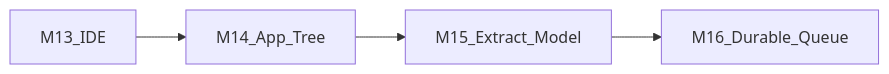
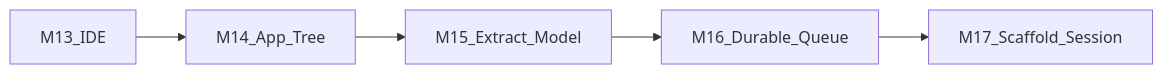
One commit to konaframework/kona changed the second of 2 diagrams in MILESTONES.md. Above: the diagram before and after it, drawn with Mermaid. The commit also changed other lines of this file and 49 other files, not shown here.

First line of the commit message:
M17: Scaffold provider wiring + Redis session + signed cookies (#34)

````diff
--- a/MILESTONES.md
+++ b/MILESTONES.md
@@ -602,6 +625,7 @@
 ```mermaid
 flowchart LR
   M13[M13_IDE] --> M14[M14_App_Tree]
   M14 --> M15[M15_Extract_Model]
   M15 --> M16[M16_Durable_Queue]
+  M16 --> M17[M17_Scaffold_Session]
 ```
````
